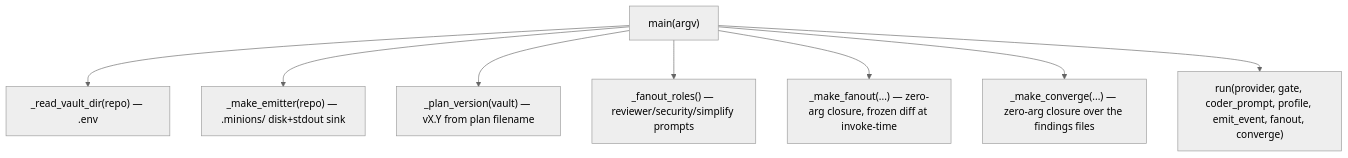
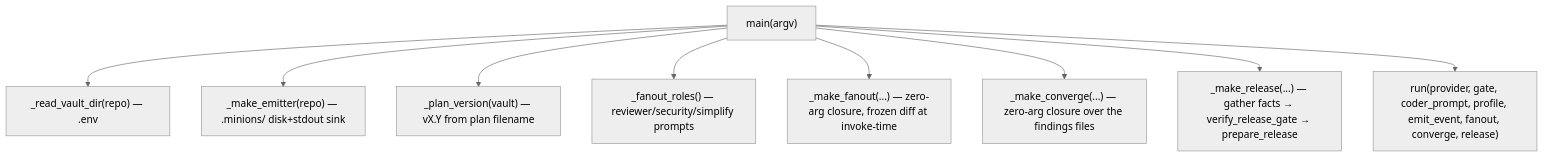
One commit to alxb1t/minionsfactory changed the diagram in docs/modules/main.md. Above: the diagram before and after it, drawn with Mermaid (neutral theme). The commit also changed other lines of this file and 13 other files, not shown here.

First line of the commit message:
feat: add release automation (verify gate → prepare → halt for human)

````diff
--- a/docs/modules/main.md
+++ b/docs/modules/main.md
@@ -30,10 +30,11 @@
 ```mermaid
 flowchart TD
     main["main(argv)"] --> vault["_read_vault_dir(repo) — .env"]
     main --> emit["_make_emitter(repo) — .minions/ disk+stdout sink"]
     main --> ver["_plan_version(vault) — vX.Y from plan filename"]
     main --> roles["_fanout_roles() — reviewer/security/simplify prompts"]
     main --> fo["_make_fanout(...) — zero-arg closure, frozen diff at invoke-time"]
     main --> cv["_make_converge(...) — zero-arg closure over the findings files"]
-    main --> run["run(provider, gate, coder_prompt, profile, emit_event, fanout, converge)"]
+    main --> rel["_make_release(...) — gather facts → verify_release_gate → prepare_release"]
+    main --> run["run(provider, gate, coder_prompt, profile, emit_event, fanout, converge, release)"]
 ```
````
